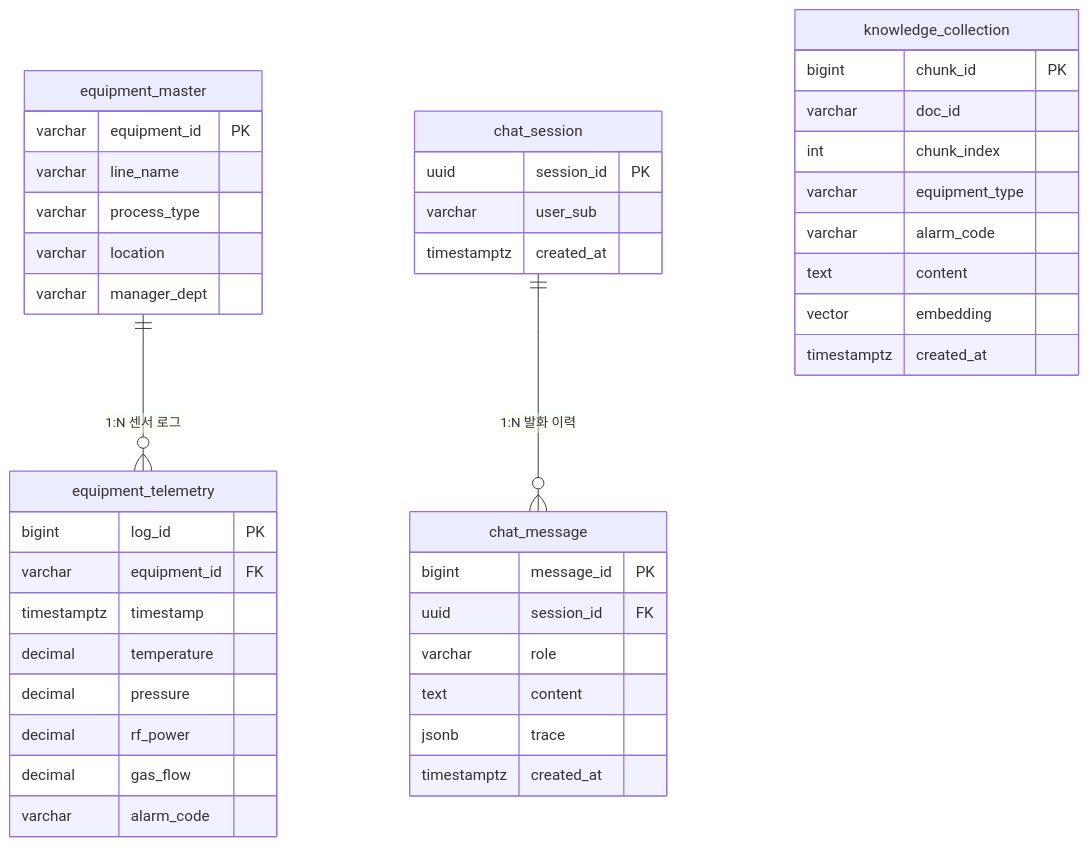
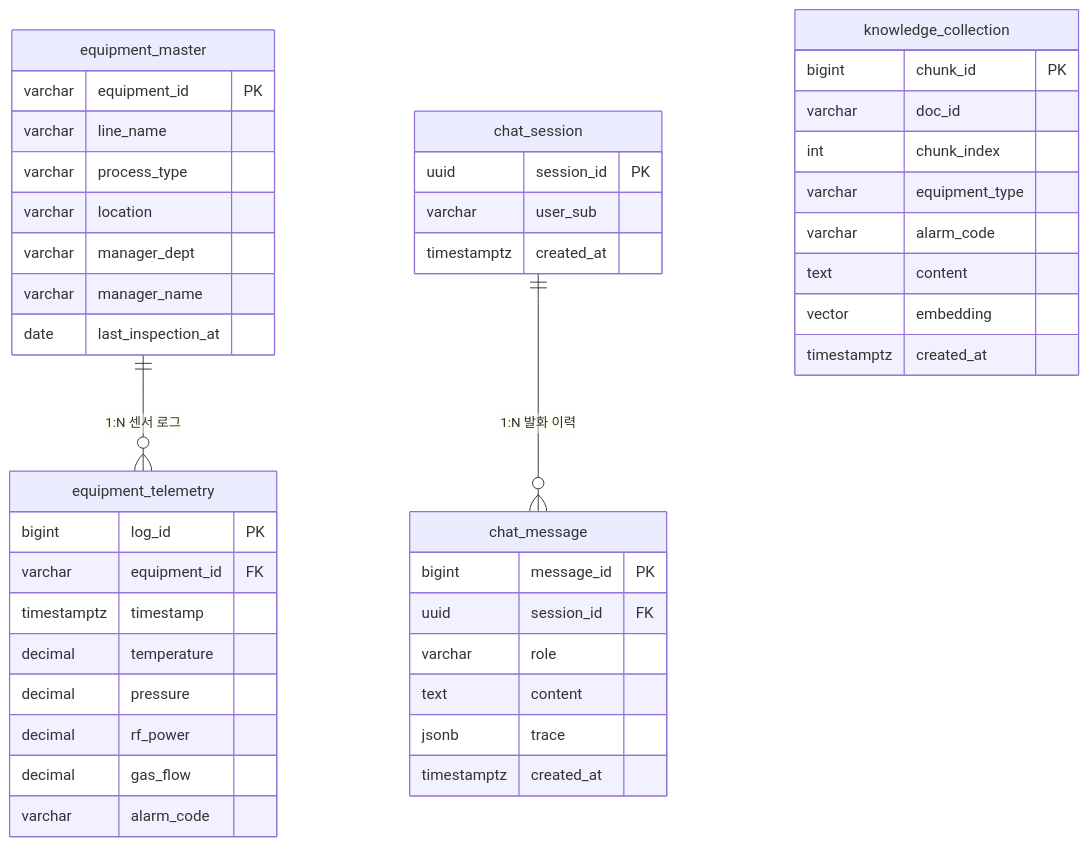
One commit to PitCrew-Agent/Agentory-fastAPI changed the diagram in docs/database.md. Above: the diagram before and after it, drawn with Mermaid. The commit also changed other lines of this file and 4 other files, not shown here.

````diff
--- a/docs/database.md
+++ b/docs/database.md
@@ -26,46 +26,48 @@
 ```mermaid
 erDiagram
     equipment_master ||--o{ equipment_telemetry : "1:N 센서 로그"
     chat_session ||--o{ chat_message : "1:N 발화 이력"
 
     equipment_master {
         varchar equipment_id PK
         varchar line_name
         varchar process_type
         varchar location
         varchar manager_dept
+        varchar manager_name
+        date last_inspection_at
     }
     equipment_telemetry {
         bigint log_id PK
         varchar equipment_id FK
         timestamptz timestamp
         decimal temperature
         decimal pressure
         decimal rf_power
         decimal gas_flow
         varchar alarm_code
     }
     knowledge_collection {
         bigint chunk_id PK
         varchar doc_id
         int chunk_index
         varchar equipment_type
         varchar alarm_code
         text content
         vector embedding
         timestamptz created_at
     }
     chat_session {
         uuid session_id PK
         varchar user_sub
         timestamptz created_at
     }
     chat_message {
         bigint message_id PK
         uuid session_id FK
         varchar role
         text content
         jsonb trace
         timestamptz created_at
     }
 ```
````
